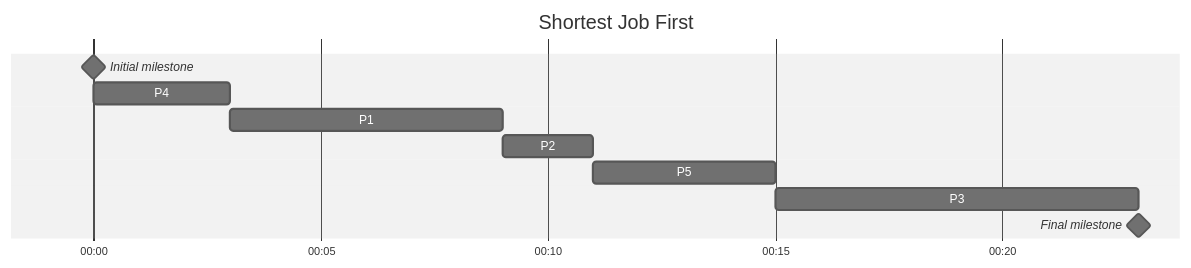
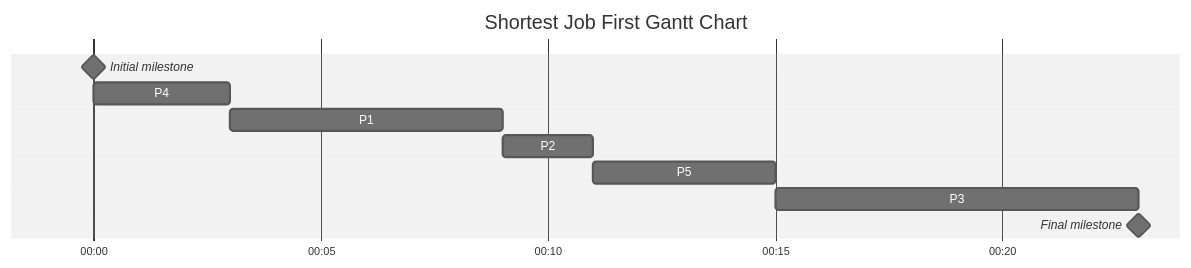
Diagram 19 of 24 in Operating_System/2.processe_state.md (shubham21155102/Archieve), drawn with Mermaid (neutral theme) before and after one commit. The commit also changed other lines of this file and 7 other files, not shown here.

````diff
--- a/Operating_System/2.processe_state.md
+++ b/Operating_System/2.processe_state.md
@@ -395,13 +403,13 @@
 ```mermaid
 gantt
-title Shortest Job First
+title Shortest Job First Gantt Chart
 dateFormat HH:mm
 axisFormat %H:%M
 Initial milestone : milestone, m1, 00:00, 0m
 P4:3m
 P1:6m
 P2:2m
 P5:4m
 P3:8m
 Final milestone:milestone,P3
 ```
````
